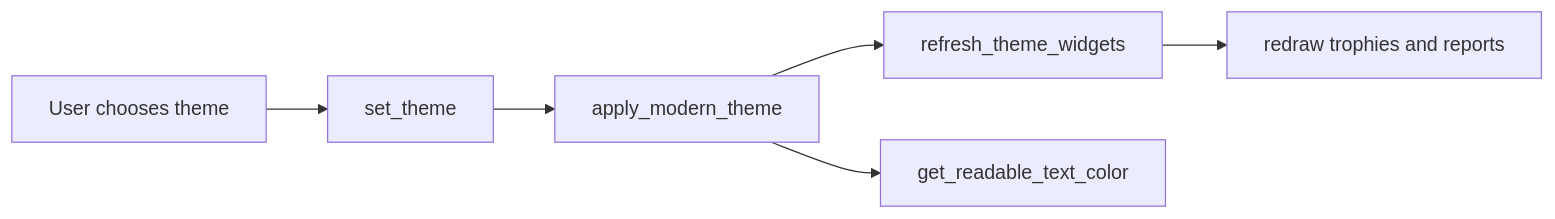
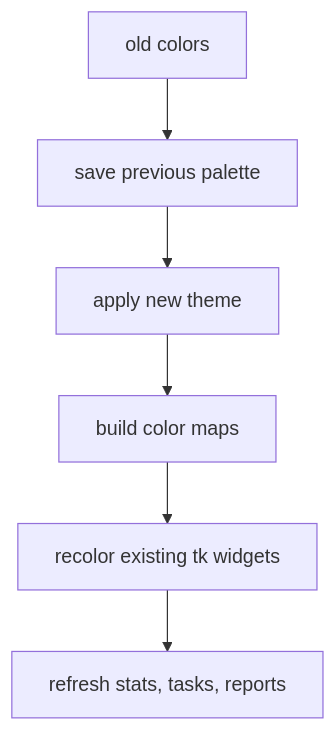
Diagram 18 of 30 in docs/beginner-guide/03-advanced.md (nimbold/LifeXP), drawn with Mermaid before and after one commit. The commit also changed other lines of this file, not shown here.

````diff
--- a/docs/beginner-guide/03-advanced.md
+++ b/docs/beginner-guide/03-advanced.md
@@ -495,8 +937,8 @@
 ```mermaid
-flowchart LR
-    A["User chooses theme"] --> B["set_theme"]
-    B --> C["apply_modern_theme"]
-    C --> D["refresh_theme_widgets"]
-    D --> E["redraw trophies and reports"]
-    C --> F["get_readable_text_color"]
+flowchart TD
+    A["old colors"] --> B["save previous palette"]
+    B --> C["apply new theme"]
+    C --> D["build color maps"]
+    D --> E["recolor existing tk widgets"]
+    E --> F["refresh stats, tasks, reports"]
 ```
````
